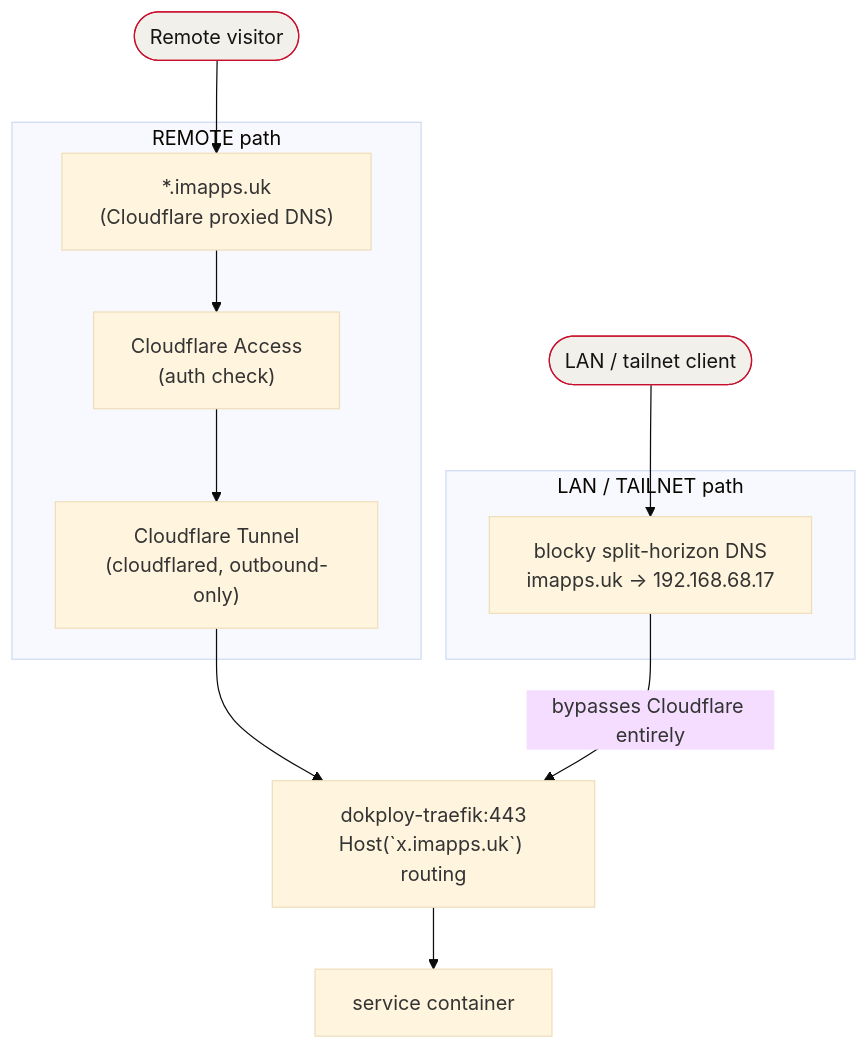
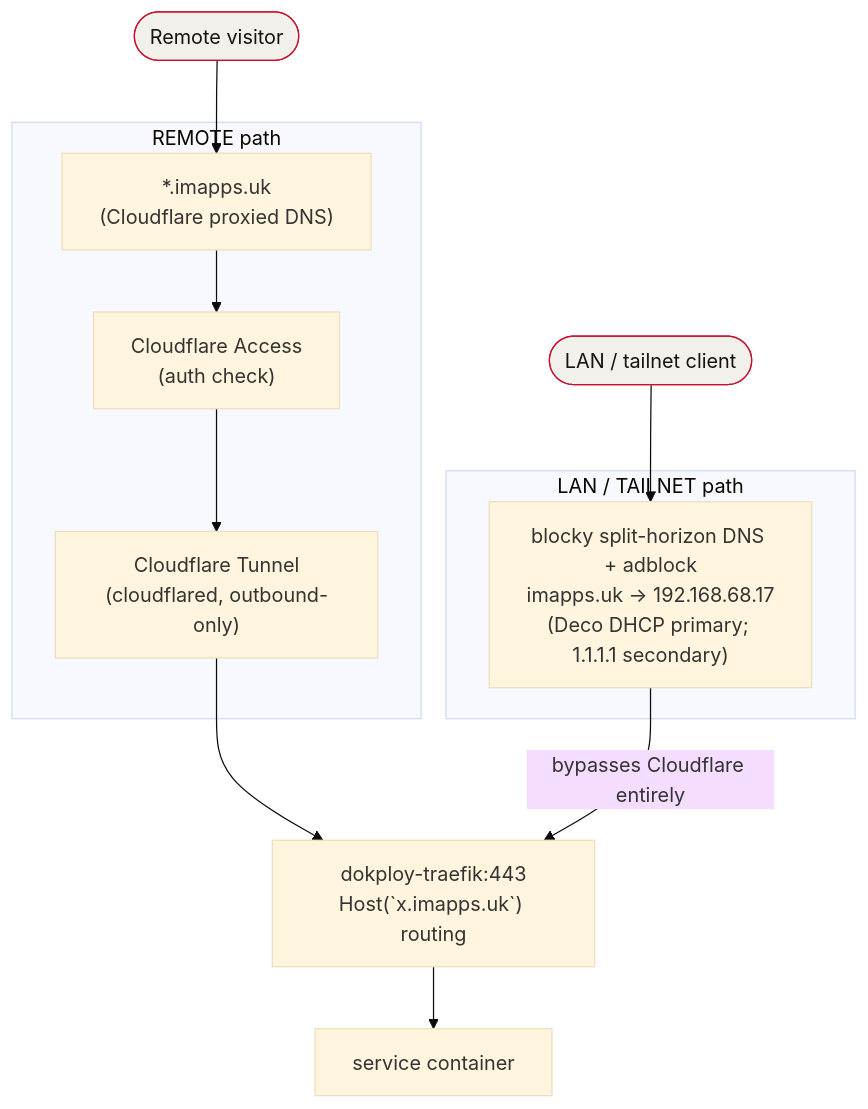
Before and after one commit to igor-siergiej/foundry: the diagram in docs/homelab.md, drawn with Mermaid (base theme). The commit also changed other lines of this file and 3 other files, not shown here.

````diff
--- a/docs/homelab.md
+++ b/docs/homelab.md
@@ -25,24 +25,24 @@
 ```mermaid
 flowchart TB
     remoteUser([Remote visitor]):::ext
     lanUser([LAN / tailnet client]):::ext
 
     subgraph remote["REMOTE path"]
         cfdns["*.imapps.uk<br/>(Cloudflare proxied DNS)"]
         access["Cloudflare Access<br/>(auth check)"]
         tunnel["Cloudflare Tunnel<br/>(cloudflared, outbound-only)"]
     end
 
     subgraph lan["LAN / TAILNET path"]
-        blocky["blocky split-horizon DNS<br/>imapps.uk → 192.168.68.17"]
+        blocky["blocky split-horizon DNS + adblock<br/>imapps.uk → 192.168.68.17<br/>(Deco DHCP primary; 1.1.1.1 secondary)"]
     end
 
     traefik["dokploy-traefik:443<br/>Host(`x.imapps.uk`) routing"]
     svc["service container"]
 
     remoteUser --> cfdns --> access --> tunnel --> traefik
     lanUser --> blocky -->|bypasses Cloudflare entirely| traefik
     traefik --> svc
 
     classDef ext fill:#f2f0ea,stroke:#c8102e,color:#141414;
 ```
````
